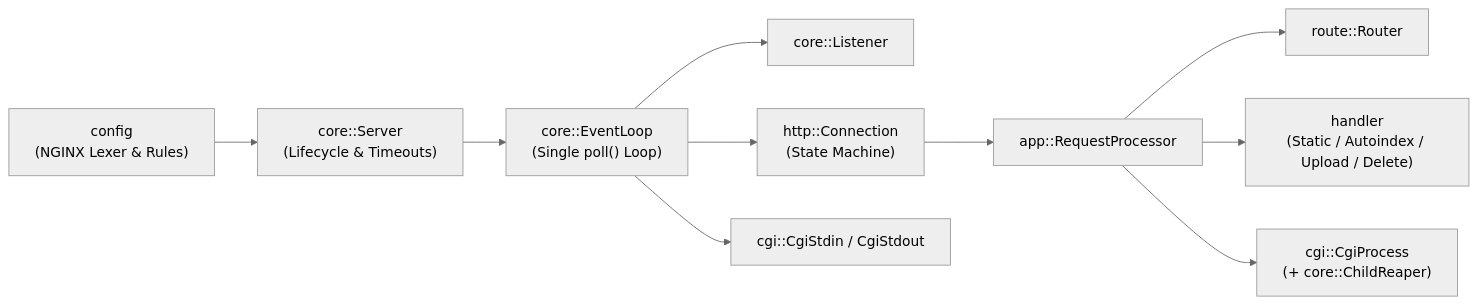
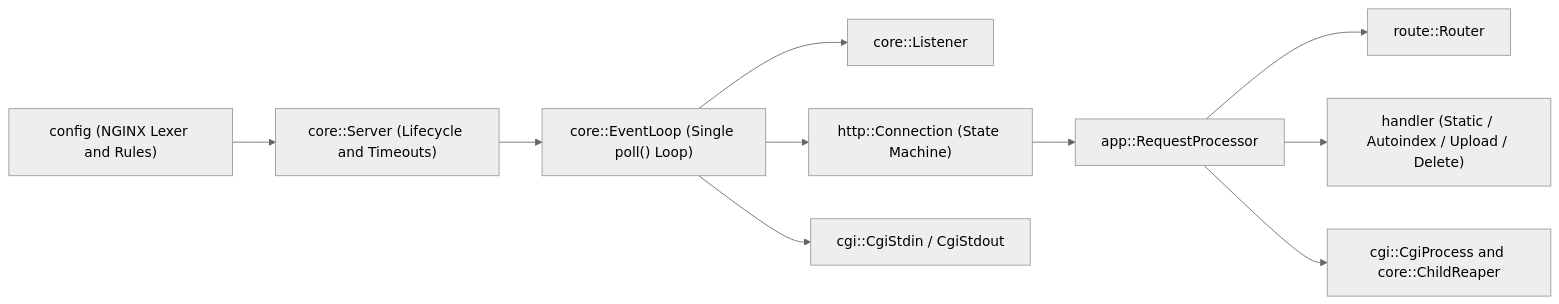
The first of 2 diagrams in profile/README.en.md (42GS/.github), drawn with Mermaid (neutral theme) before and after one commit. The commit also changed other lines of this file and 1 other file, not shown here.

````diff
--- a/profile/README.en.md
+++ b/profile/README.en.md
@@ -34,12 +53,12 @@
 ```mermaid
 flowchart LR
-    Config["config<br/>(NGINX Lexer &amp; Rules)"] --> Server["core::Server<br/>(Lifecycle &amp; Timeouts)"]
-    Server --> Loop["core::EventLoop<br/>(Single poll() Loop)"]
+    Config["config (NGINX Lexer and Rules)"] --> Server["core::Server (Lifecycle and Timeouts)"]
+    Server --> Loop["core::EventLoop (Single poll() Loop)"]
     Loop --> Listener["core::Listener"]
-    Loop --> Conn["http::Connection<br/>(State Machine)"]
+    Loop --> Conn["http::Connection (State Machine)"]
     Loop --> Pipes["cgi::CgiStdin / CgiStdout"]
     Conn --> Proc["app::RequestProcessor"]
     Proc --> Router["route::Router"]
-    Proc --> Handler["handler<br/>(Static / Autoindex / Upload / Delete)"]
-    Proc --> CGI["cgi::CgiProcess<br/>(+ core::ChildReaper)"]
+    Proc --> Handler["handler (Static / Autoindex / Upload / Delete)"]
+    Proc --> CGI["cgi::CgiProcess and core::ChildReaper"]
 ```
````
